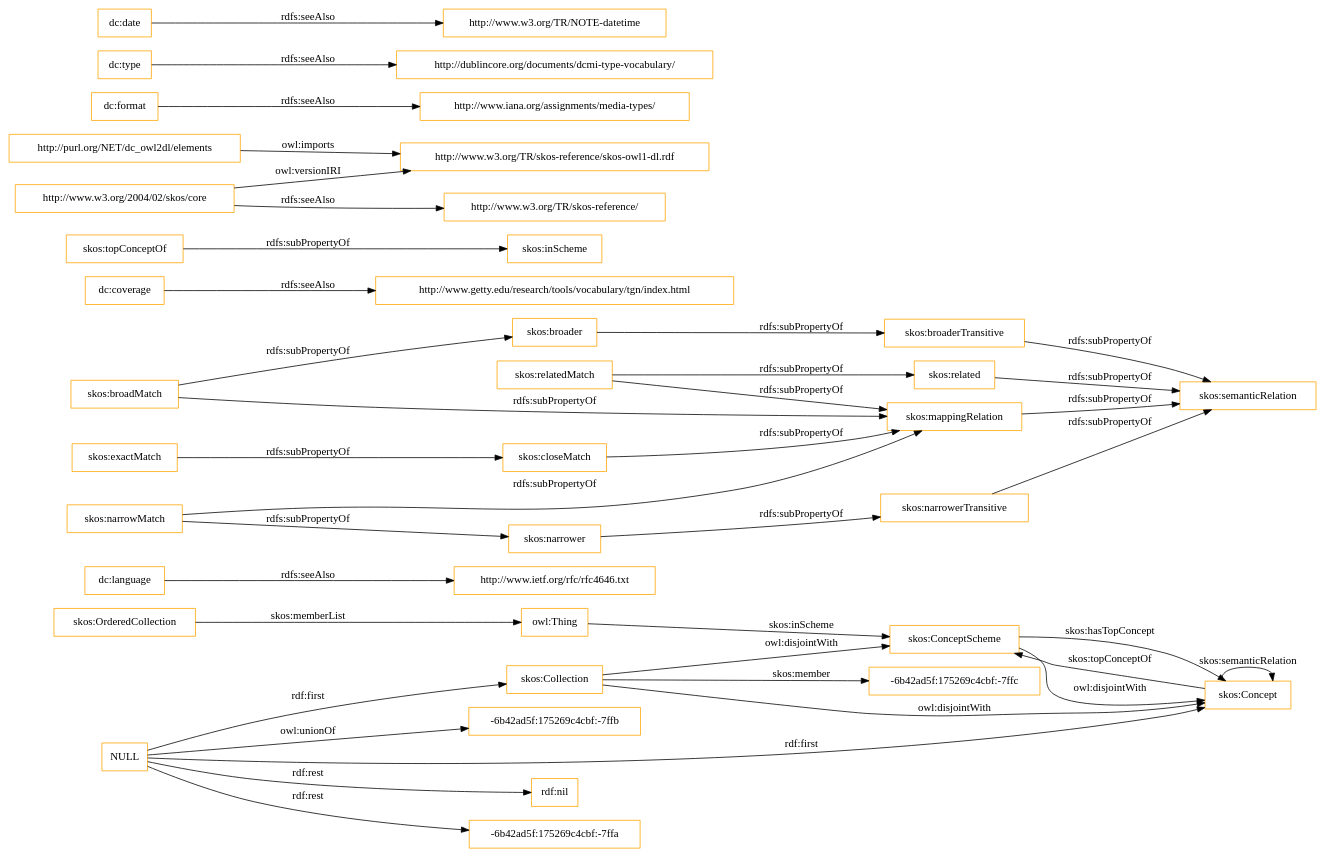
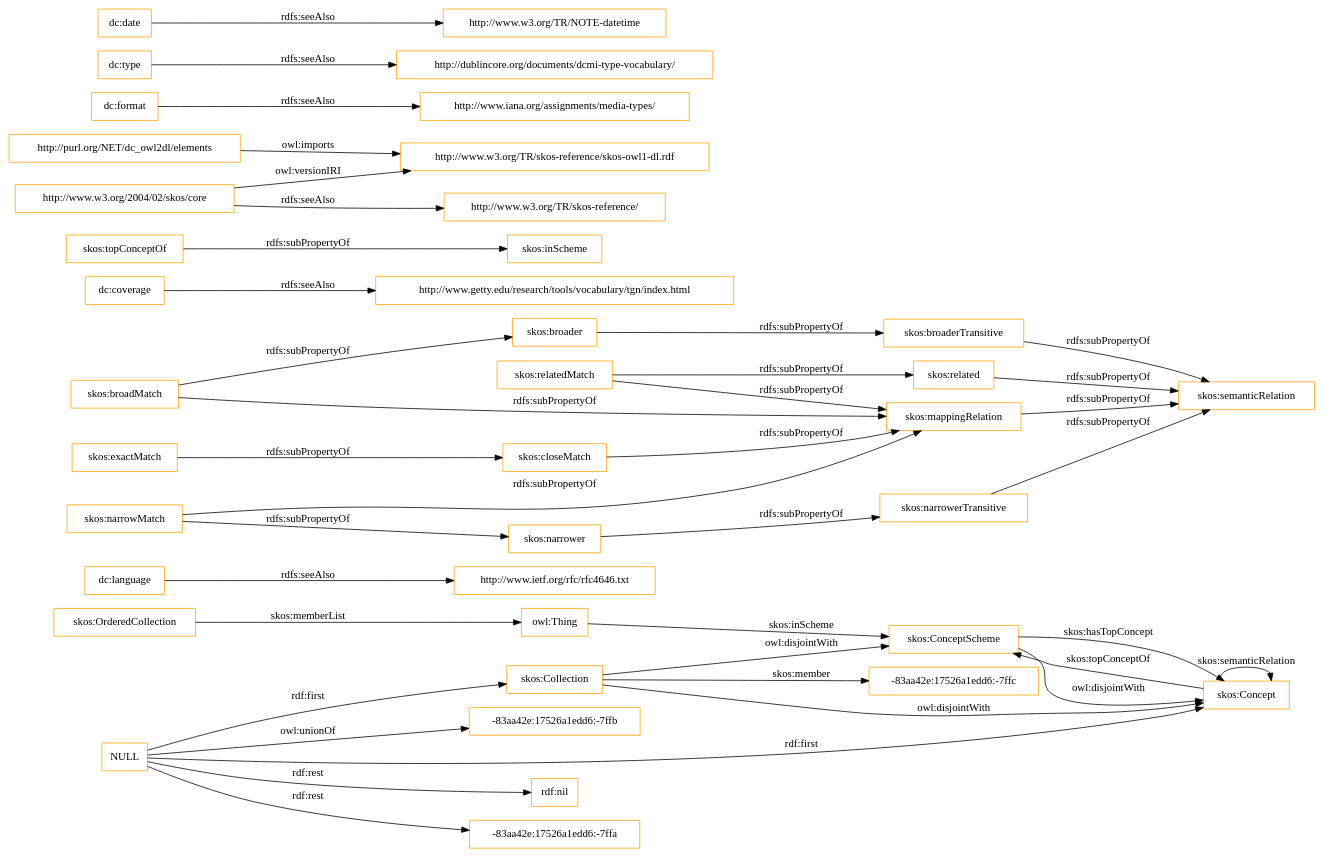
One commit to OnToologyUser/core-ontology-1 changed the diagram in OnToology/imports/elements.owl/diagrams/ar2dtool-class/elements.owl.png.dot. Above: the diagram before and after it, drawn with Graphviz. The commit also changed 14 other files, not shown here.

```diff
--- a/OnToology/imports/elements.owl/diagrams/ar2dtool-class/elements.owl.png.dot
+++ b/OnToology/imports/elements.owl/diagrams/ar2dtool-class/elements.owl.png.dot
@@ -1,43 +1,43 @@
 digraph ar2dtool_diagram { 
 rankdir=LR;
 size="1501"
-node [shape = rectangle, color="orange"]; "-6b42ad5f:175269c4cbf:-7ffc" "skos:OrderedCollection" "skos:Collection" "skos:ConceptScheme" "skos:Concept" ; /*classes style*/
+node [shape = rectangle, color="orange"]; "-83aa42e:17526a1edd6:-7ffc" "skos:OrderedCollection" "skos:Collection" "skos:ConceptScheme" "skos:Concept" ; /*classes style*/
 	"dc:language" -> "http://www.ietf.org/rfc/rfc4646.txt" [ label = "rdfs:seeAlso" ];
 	"NULL" -> "rdf:nil" [ label = "rdf:rest" ];
 	"NULL" -> "skos:Collection" [ label = "rdf:first" ];
-	"NULL" -> "-6b42ad5f:175269c4cbf:-7ffa" [ label = "rdf:rest" ];
+	"NULL" -> "-83aa42e:17526a1edd6:-7ffa" [ label = "rdf:rest" ];
 	"NULL" -> "skos:Concept" [ label = "rdf:first" ];
-	"NULL" -> "-6b42ad5f:175269c4cbf:-7ffb" [ label = "owl:unionOf" ];
+	"NULL" -> "-83aa42e:17526a1edd6:-7ffb" [ label = "owl:unionOf" ];
 	"skos:closeMatch" -> "skos:mappingRelation" [ label = "rdfs:subPropertyOf" ];
 	"dc:coverage" -> "http://www.getty.edu/research/tools/vocabulary/tgn/index.html" [ label = "rdfs:seeAlso" ];
 	"skos:relatedMatch" -> "skos:related" [ label = "rdfs:subPropertyOf" ];
 	"skos:relatedMatch" -> "skos:mappingRelation" [ label = "rdfs:subPropertyOf" ];
 	"skos:ConceptScheme" -> "skos:Concept" [ label = "owl:disjointWith" ];
 	"skos:related" -> "skos:semanticRelation" [ label = "rdfs:subPropertyOf" ];
 	"skos:topConceptOf" -> "skos:inScheme" [ label = "rdfs:subPropertyOf" ];
 	"skos:broadMatch" -> "skos:broader" [ label = "rdfs:subPropertyOf" ];
 	"skos:broadMatch" -> "skos:mappingRelation" [ label = "rdfs:subPropertyOf" ];
 	"http://purl.org/NET/dc_owl2dl/elements" -> "http://www.w3.org/TR/skos-reference/skos-owl1-dl.rdf" [ label = "owl:imports" ];
 	"skos:exactMatch" -> "skos:closeMatch" [ label = "rdfs:subPropertyOf" ];
 	"dc:format" -> "http://www.iana.org/assignments/media-types/" [ label = "rdfs:seeAlso" ];
 	"skos:broaderTransitive" -> "skos:semanticRelation" [ label = "rdfs:subPropertyOf" ];
 	"dc:type" -> "http://dublincore.org/documents/dcmi-type-vocabulary/" [ label = "rdfs:seeAlso" ];
 	"skos:broader" -> "skos:broaderTransitive" [ label = "rdfs:subPropertyOf" ];
 	"skos:mappingRelation" -> "skos:semanticRelation" [ label = "rdfs:subPropertyOf" ];
 	"http://www.w3.org/2004/02/skos/core" -> "http://www.w3.org/TR/skos-reference/skos-owl1-dl.rdf" [ label = "owl:versionIRI" ];
 	"http://www.w3.org/2004/02/skos/core" -> "http://www.w3.org/TR/skos-reference/" [ label = "rdfs:seeAlso" ];
 	"skos:Collection" -> "skos:ConceptScheme" [ label = "owl:disjointWith" ];
 	"skos:Collection" -> "skos:Concept" [ label = "owl:disjointWith" ];
 	"skos:narrowMatch" -> "skos:narrower" [ label = "rdfs:subPropertyOf" ];
 	"skos:narrowMatch" -> "skos:mappingRelation" [ label = "rdfs:subPropertyOf" ];
 	"skos:narrower" -> "skos:narrowerTransitive" [ label = "rdfs:subPropertyOf" ];
 	"dc:date" -> "http://www.w3.org/TR/NOTE-datetime" [ label = "rdfs:seeAlso" ];
 	"skos:narrowerTransitive" -> "skos:semanticRelation" [ label = "rdfs:subPropertyOf" ];
 	"skos:OrderedCollection" -> "owl:Thing" [ label = "skos:memberList" ];
 	"skos:Concept" -> "skos:ConceptScheme" [ label = "skos:topConceptOf" ];
 	"skos:Concept" -> "skos:Concept" [ label = "skos:semanticRelation" ];
-	"skos:Collection" -> "-6b42ad5f:175269c4cbf:-7ffc" [ label = "skos:member" ];
+	"skos:Collection" -> "-83aa42e:17526a1edd6:-7ffc" [ label = "skos:member" ];
 	"skos:ConceptScheme" -> "skos:Concept" [ label = "skos:hasTopConcept" ];
 	"owl:Thing" -> "skos:ConceptScheme" [ label = "skos:inScheme" ];
 
 }
```
